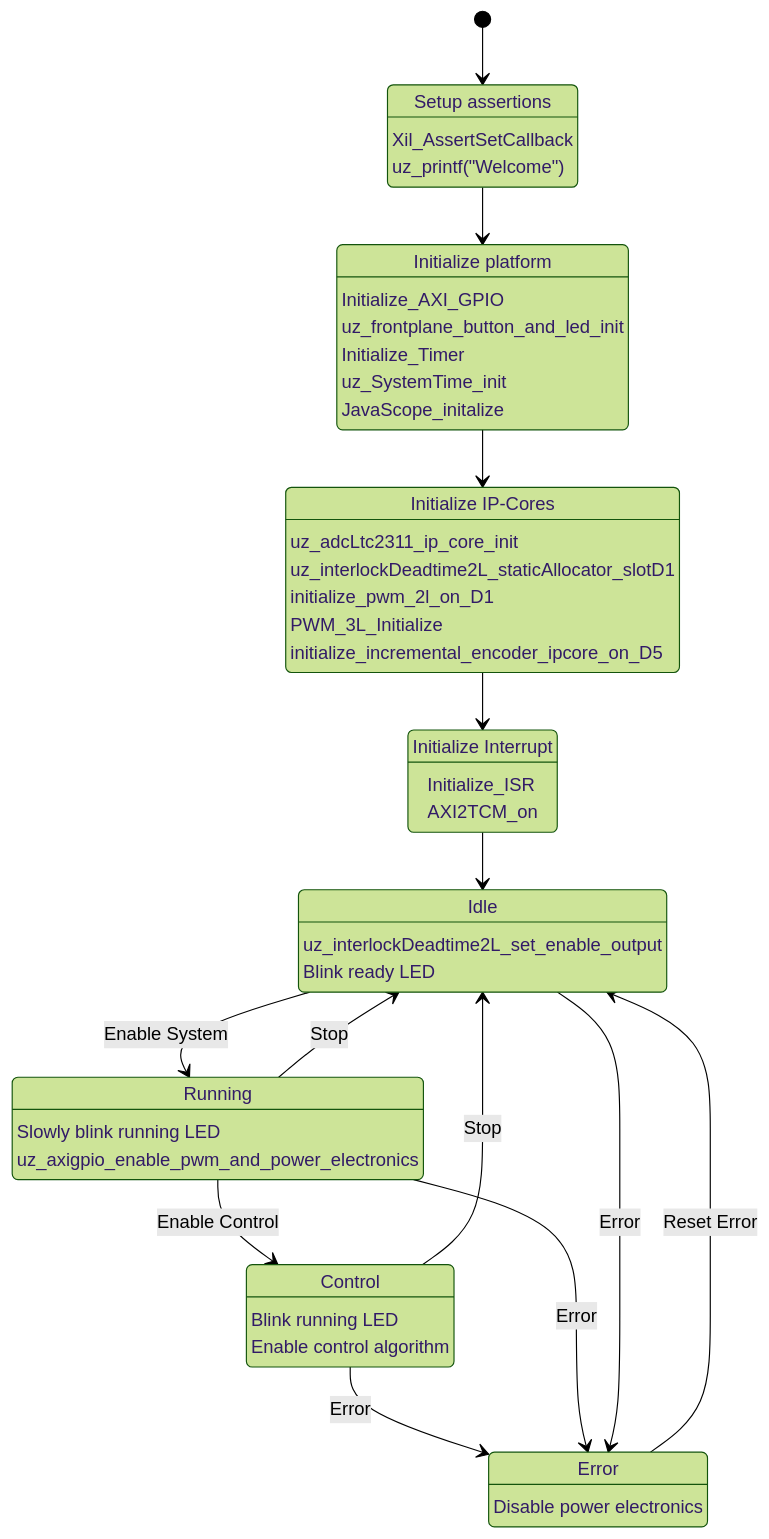
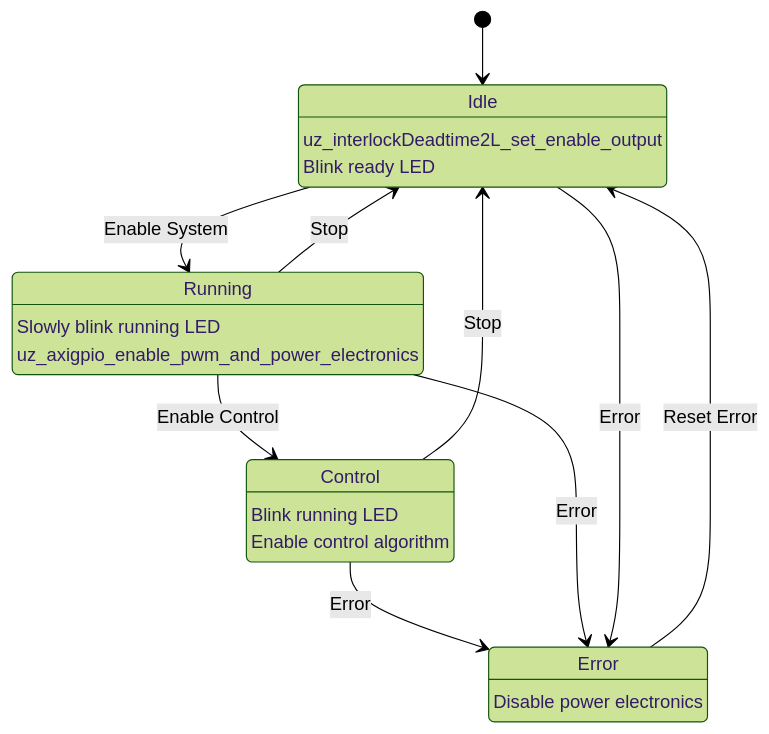
Before and after one commit to ultrazohm/ultrazohm_sw: the diagram in docs/source/mpsoc/rpu_software/r5_statemachine.rst, drawn with Mermaid (forest theme). The commit also changed other lines of this file and 2 other files, not shown here.

Commit message:
Simplifies state machine docs and control in isr is only exectued if UZ is in control state

```diff
--- a/docs/source/mpsoc/rpu_software/r5_statemachine.rst
+++ b/docs/source/mpsoc/rpu_software/r5_statemachine.rst
@@ -34,24 +34,16 @@
 .. mermaid::
 
     stateDiagram-v2
-        [*] --> Setup
-        Setup --> Init_platform
-        Init_platform --> Init_ip
-        Init_ip --> Init_isr
-        Init_isr --> Idle
+        [*] --> Idle
         Idle --> Running: Enable System
         Running --> Control: Enable Control
         Control --> Error: Error
         Running --> Error: Error
         Idle --> Error: Error
         Error --> Idle: Reset Error
         Running --> Idle: Stop
         Control --> Idle: Stop
         state "Idle" as Idle: uz_interlockDeadtime2L_set_enable_output <br> Blink ready LED
         state "Running" as Running: Slowly blink running LED <br> uz_axigpio_enable_pwm_and_power_electronics
         state "Control" as Control: Blink running LED <br> Enable control algorithm
         state "Error" as Error: Disable power electronics
-        state "Setup assertions" as Setup: Xil_AssertSetCallback <br> uz_printf("Welcome")
-        state "Initialize platform" as Init_platform: Initialize_AXI_GPIO <br> uz_frontplane_button_and_led_init <br> Initialize_Timer <br> uz_SystemTime_init <br> JavaScope_initalize <br>
-        state "Initialize IP-Cores" as Init_ip: uz_adcLtc2311_ip_core_init <br> uz_interlockDeadtime2L_staticAllocator_slotD1 <br> initialize_pwm_2l_on_D1 <br> PWM_3L_Initialize <br> initialize_incremental_encoder_ipcore_on_D5 <br> 
-        state "Initialize Interrupt" as Init_isr: Initialize_ISR <br> AXI2TCM_on
```
